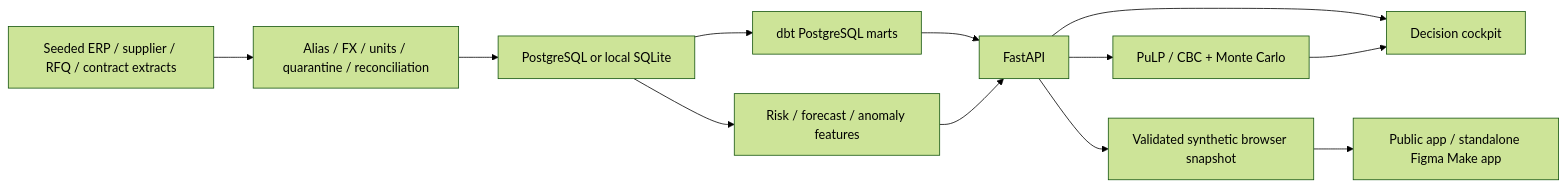
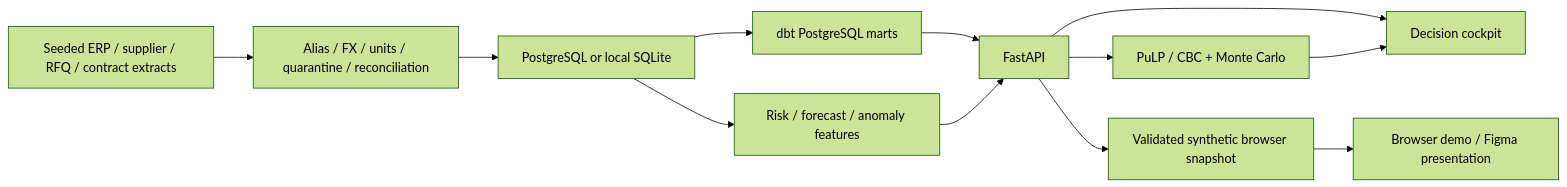
One commit to DaniyalHayat/source360-ai changed the diagram in README.md. Above: the diagram before and after it, drawn with Mermaid (forest theme). The commit also changed other lines of this file, not shown here.

Commit message:
Explain the Source360 browser demo and sourcing scope

````diff
--- a/README.md
+++ b/README.md
@@ -61,14 +61,14 @@
 ```mermaid
 flowchart LR
   Raw[Seeded ERP / supplier / RFQ / contract extracts] --> Gate[Alias / FX / units / quarantine / reconciliation]
   Gate --> DB[PostgreSQL or local SQLite]
   DB --> SQL[dbt PostgreSQL marts]
   DB --> Features[Risk / forecast / anomaly features]
   SQL --> API[FastAPI]
   Features --> API
   API --> Solver[PuLP / CBC + Monte Carlo]
   API --> Web[Decision cockpit]
   Solver --> Web
   API --> Snapshot[Validated synthetic browser snapshot]
-  Snapshot --> Public[Public app / standalone Figma Make app]
+  Snapshot --> Public[Browser demo / Figma presentation]
 ```
````
